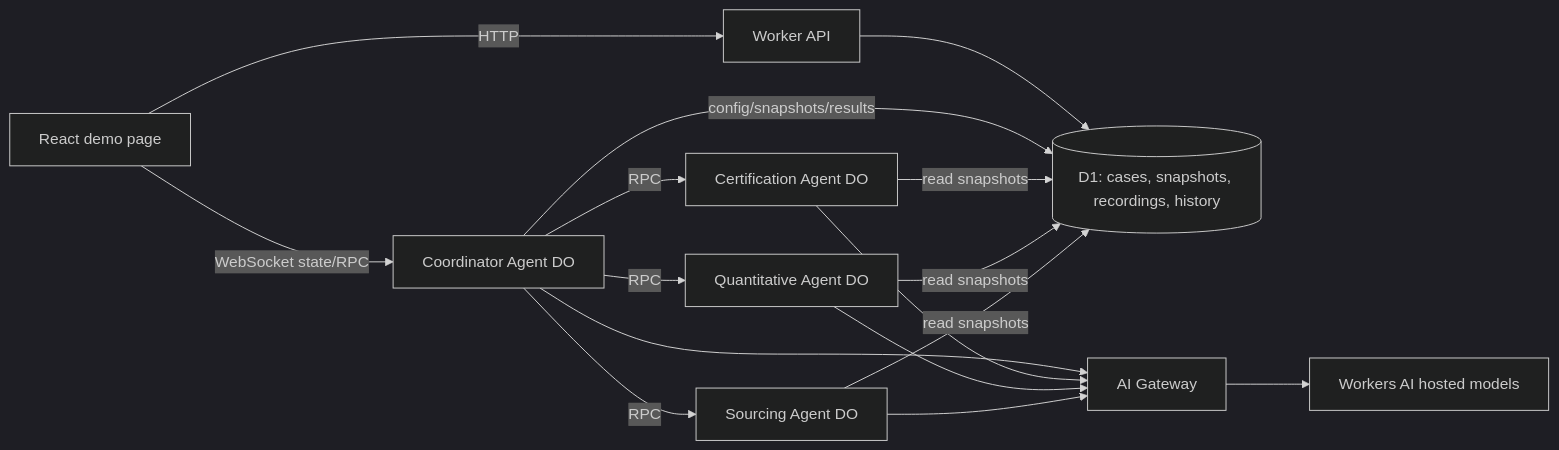
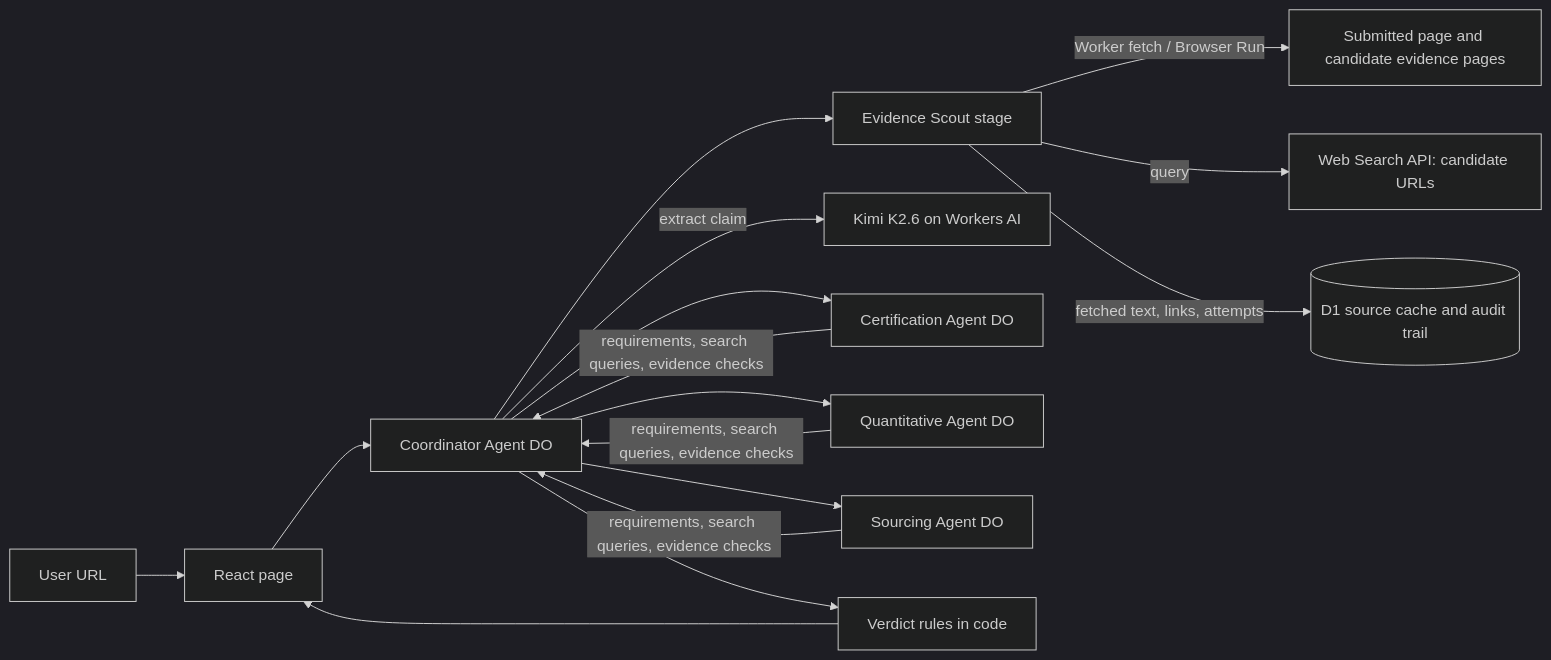
Before and after one commit to aonishchenko/prooftrace: the diagram in docs/ARCHITECTURE.md, drawn with Mermaid (dark theme). The commit also changed other lines of this file and 1 other file, not shown here.

Commit message:
Make live URL collection core to ProofTrace MVP

````diff
--- a/docs/ARCHITECTURE.md
+++ b/docs/ARCHITECTURE.md
@@ -13,12 +15,14 @@
 ```mermaid
 flowchart LR
-  UI[React demo page] -- WebSocket state/RPC --> CO[Coordinator Agent DO]
-  UI -- HTTP --> API[Worker API]
-  API --> D1[(D1: cases, snapshots, recordings, history)]
-  CO -- RPC --> CE[Certification Agent DO]
-  CO -- RPC --> QU[Quantitative Agent DO]
-  CO -- RPC --> SO[Sourcing Agent DO]
-  CO -- config/snapshots/results --> D1
-  CE & QU & SO -- read snapshots --> D1
-  CO & CE & QU & SO --> GW[AI Gateway] --> AI[Workers AI hosted models]
+  U[User URL] --> UI[React page] --> CO[Coordinator Agent DO]
+  CO --> SC[Evidence Scout stage]
+  SC -- Worker fetch / Browser Run --> WEB[Submitted page and candidate evidence pages]
+  SC -- query --> SEARCH[Web Search API: candidate URLs]
+  SC -- fetched text, links, attempts --> D1[(D1 source cache and audit trail)]
+  CO -- extract claim --> KI[Kimi K2.6 on Workers AI]
+  CO --> CE[Certification Agent DO]
+  CO --> QU[Quantitative Agent DO]
+  CO --> SO[Sourcing Agent DO]
+  CE & QU & SO -- requirements, search queries, evidence checks --> CO
+  CO --> RULES[Verdict rules in code] --> UI
 ```
````
